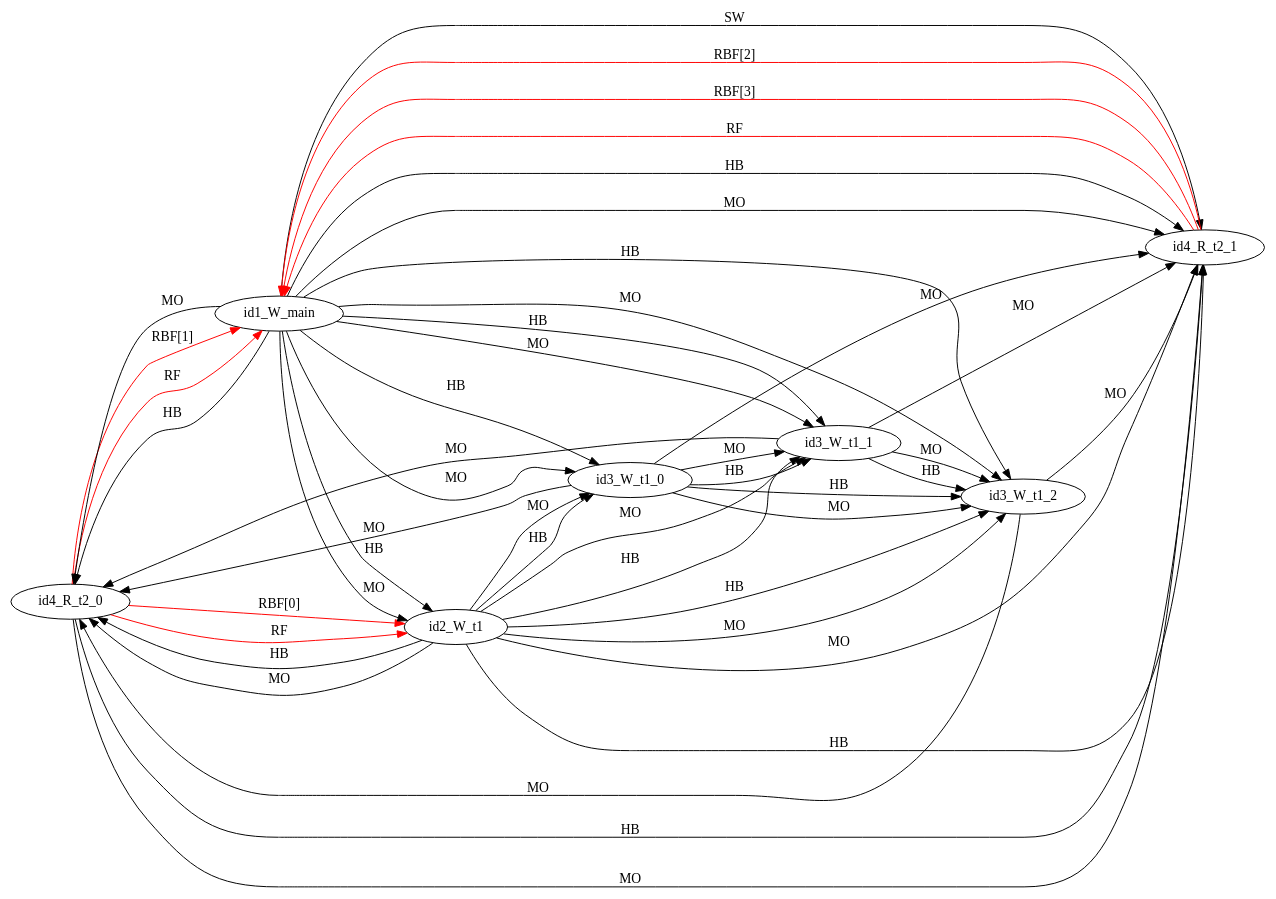
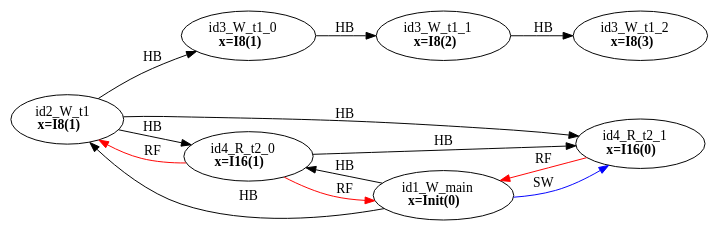
The diagram in examples/single_var/sv_simple16/mm2.dot (FMJS/EMME), drawn with Graphviz before and after one commit. The commit also changed 528 other files, not shown here.

```diff
--- a/examples/single_var/sv_simple16/mm2.dot
+++ b/examples/single_var/sv_simple16/mm2.dot
@@ -1,47 +1,23 @@
 digraph memory_model {
 rankdir=LR;
-id4_R_t2_0 -> id1_W_main [label = "RBF[1]", color="red"];
-id4_R_t2_0 -> id2_W_t1 [label = "RBF[0]", color="red"];
-id4_R_t2_1 -> id1_W_main [label = "RBF[2]", color="red"];
-id4_R_t2_1 -> id1_W_main [label = "RBF[3]", color="red"];
+splines=true; esep=0.5;
+id2_W_t1 -> id3_W_t1_0 [label = "HB", color="black"];
+id3_W_t1_0 -> id3_W_t1_1 [label = "HB", color="black"];
+id3_W_t1_1 -> id3_W_t1_2 [label = "HB", color="black"];
+id4_R_t2_0 -> id4_R_t2_1 [label = "HB", color="black"];
+id1_W_main -> id2_W_t1 [label = "HB", color="black"];
+id1_W_main -> id4_R_t2_0 [label = "HB", color="black"];
+id2_W_t1 -> id4_R_t2_0 [label = "HB", color="black"];
+id2_W_t1 -> id4_R_t2_1 [label = "HB", color="black"];
 id4_R_t2_0 -> id1_W_main [label = "RF", color="red"];
 id4_R_t2_0 -> id2_W_t1 [label = "RF", color="red"];
 id4_R_t2_1 -> id1_W_main [label = "RF", color="red"];
-id2_W_t1 -> id3_W_t1_0 [label = "HB", color="black"];
-id2_W_t1 -> id3_W_t1_1 [label = "HB", color="black"];
-id2_W_t1 -> id3_W_t1_2 [label = "HB", color="black"];
-id3_W_t1_0 -> id3_W_t1_1 [label = "HB", color="black"];
-id3_W_t1_0 -> id3_W_t1_2 [label = "HB", color="black"];
-id3_W_t1_1 -> id3_W_t1_2 [label = "HB", color="black"];
-id4_R_t2_0 -> id4_R_t2_1 [label = "HB", color="black"];
-id1_W_main -> id2_W_t1 [label = "HB", color="black"];
-id1_W_main -> id3_W_t1_0 [label = "HB", color="black"];
-id1_W_main -> id3_W_t1_1 [label = "HB", color="black"];
-id1_W_main -> id3_W_t1_2 [label = "HB", color="black"];
-id1_W_main -> id4_R_t2_0 [label = "HB", color="black"];
-id1_W_main -> id4_R_t2_1 [label = "HB", color="black"];
-id2_W_t1 -> id4_R_t2_0 [label = "HB", color="black"];
-id2_W_t1 -> id4_R_t2_1 [label = "HB", color="black"];
-id2_W_t1 -> id3_W_t1_0 [label = "MO", color="black"];
-id2_W_t1 -> id3_W_t1_1 [label = "MO", color="black"];
-id2_W_t1 -> id3_W_t1_2 [label = "MO", color="black"];
-id3_W_t1_0 -> id3_W_t1_1 [label = "MO", color="black"];
-id3_W_t1_0 -> id3_W_t1_2 [label = "MO", color="black"];
-id3_W_t1_1 -> id3_W_t1_2 [label = "MO", color="black"];
-id4_R_t2_0 -> id4_R_t2_1 [label = "MO", color="black"];
-id1_W_main -> id2_W_t1 [label = "MO", color="black"];
-id1_W_main -> id3_W_t1_0 [label = "MO", color="black"];
-id1_W_main -> id3_W_t1_1 [label = "MO", color="black"];
-id1_W_main -> id3_W_t1_2 [label = "MO", color="black"];
-id1_W_main -> id4_R_t2_0 [label = "MO", color="black"];
-id1_W_main -> id4_R_t2_1 [label = "MO", color="black"];
-id2_W_t1 -> id4_R_t2_0 [label = "MO", color="black"];
-id2_W_t1 -> id4_R_t2_1 [label = "MO", color="black"];
-id3_W_t1_0 -> id4_R_t2_0 [label = "MO", color="black"];
-id3_W_t1_0 -> id4_R_t2_1 [label = "MO", color="black"];
-id3_W_t1_1 -> id4_R_t2_0 [label = "MO", color="black"];
-id3_W_t1_1 -> id4_R_t2_1 [label = "MO", color="black"];
-id3_W_t1_2 -> id4_R_t2_0 [label = "MO", color="black"];
-id3_W_t1_2 -> id4_R_t2_1 [label = "MO", color="black"];
-id1_W_main -> id4_R_t2_1 [label = "SW", color="black"];
+id1_W_main -> id4_R_t2_1 [label = "SW", color="blue"];
+id1_W_main [label=<id1_W_main<br/><B>x=Init(0)</B>>, pos="2.5,8!"]
+id2_W_t1 [label=<id2_W_t1<br/><B>x=I8(1)</B>>, pos="0,6!"]
+id3_W_t1_0 [label=<id3_W_t1_0<br/><B>x=I8(1)</B>>, pos="0,4!"]
+id3_W_t1_1 [label=<id3_W_t1_1<br/><B>x=I8(2)</B>>, pos="0,2!"]
+id3_W_t1_2 [label=<id3_W_t1_2<br/><B>x=I8(3)</B>>, pos="0,0!"]
+id4_R_t2_0 [label=<id4_R_t2_0<br/><B>x=I16(1)</B>>, pos="5,6!"]
+id4_R_t2_1 [label=<id4_R_t2_1<br/><B>x=I16(0)</B>>, pos="5,4!"]
 }
```
